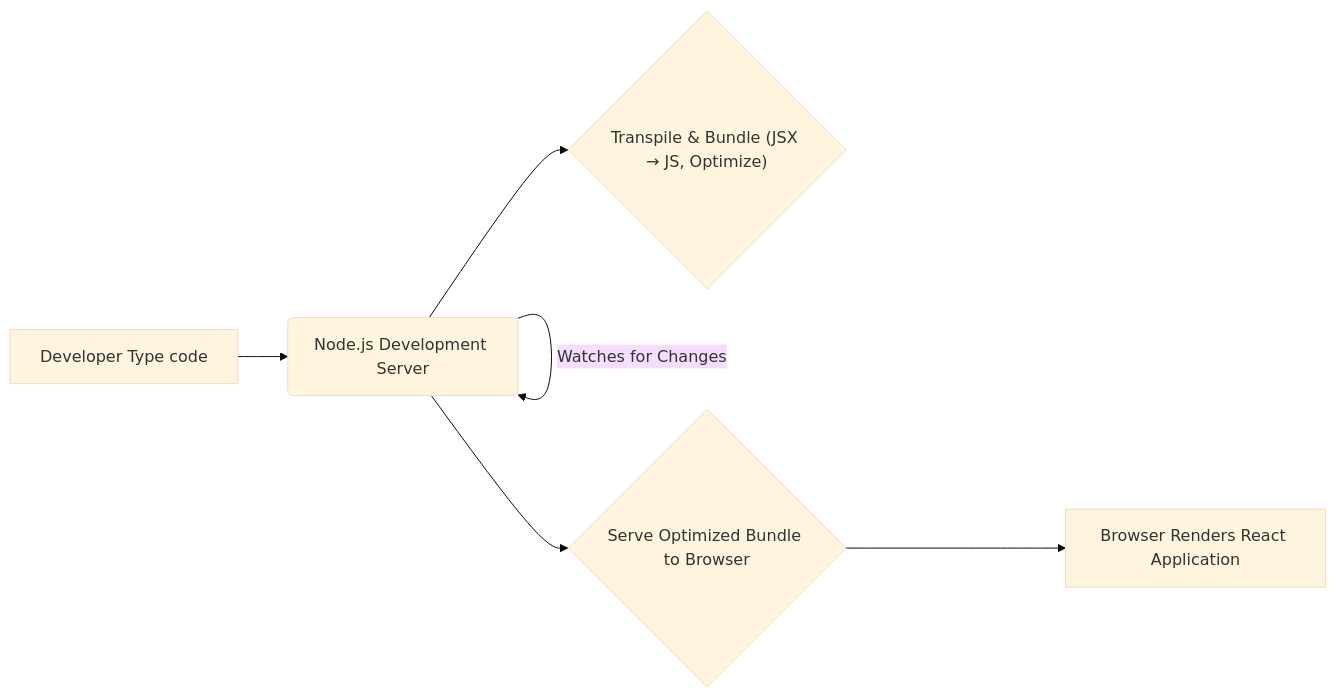
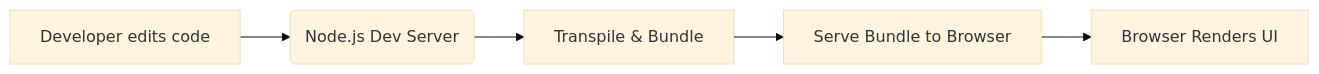
Before and after one commit to akv004/ReactJSTips: the first of 2 diagrams in WhatNodeJSDoes.qmd, drawn with Mermaid (base theme). The commit also changed other lines of this file, not shown here.

Commit message:
Revise "What Node.js Does" chapter to clarify its roles in React projects and enhance the development vs. production comparison

````diff
--- a/WhatNodeJSDoes.qmd
+++ b/WhatNodeJSDoes.qmd
@@ -32,8 +33,7 @@
 ```{mermaid}
 flowchart LR
-  A[Developer Type code] --> B(Node.js Development Server)
-  B -- Watches for Changes --> B
-  B --> C{"Transpile & Bundle (JSX → JS, Optimize)"}
-  B --> D{Serve Optimized Bundle to Browser}
-  D --> E[Browser Renders React Application]
+  A[Developer edits code] --> B(Node.js Dev Server)
+  B --> C[Transpile & Bundle]
+  C --> D[Serve Bundle to Browser]
+  D --> E[Browser Renders UI]
 ```
````
